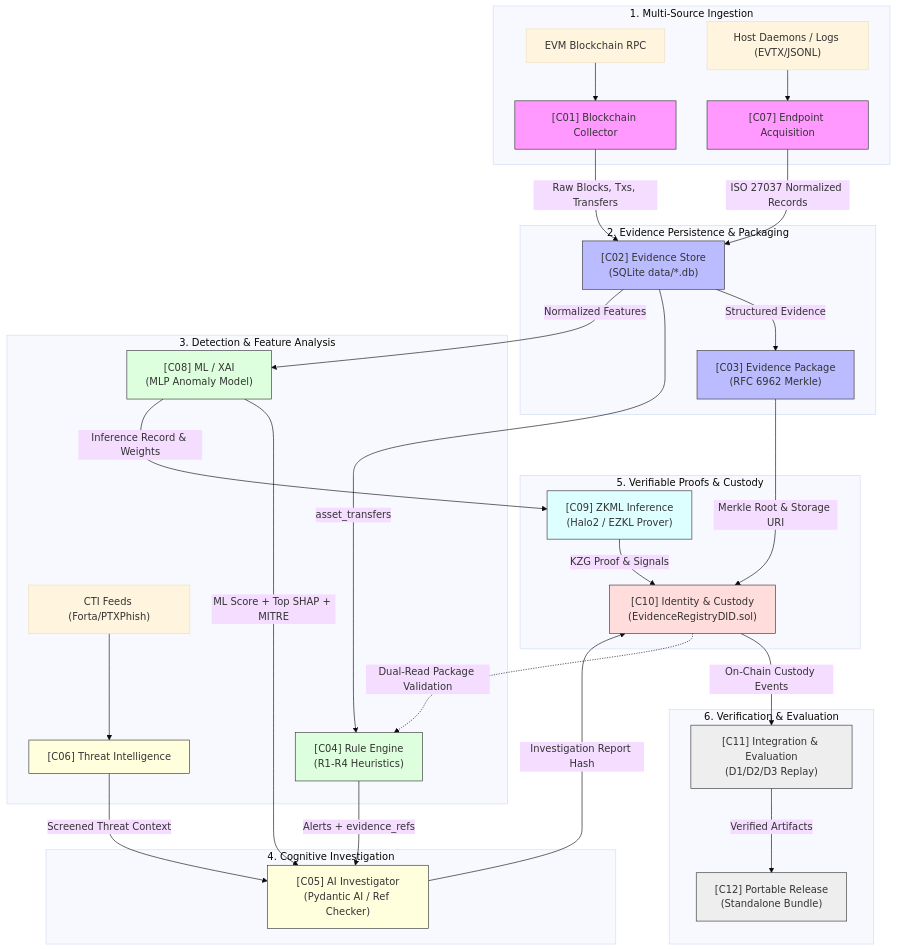
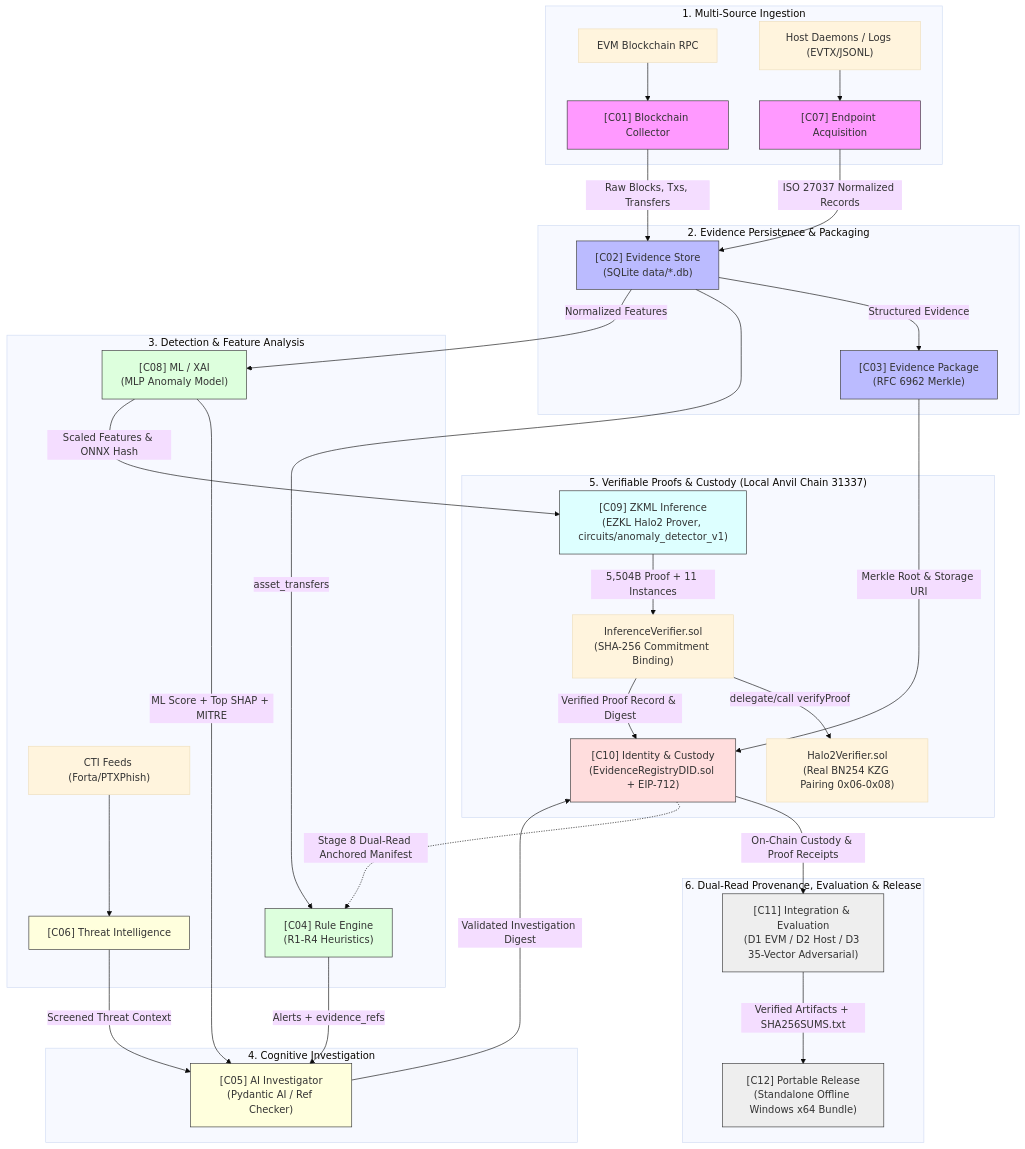
Before and after one commit to Nalyasan/blockchain-ai-digital-forensics: the diagram in docs/architecture.md, drawn with Mermaid (base theme). The commit also changed other lines of this file and 68 other files, not shown here.

Commit message:
feat(m6): complete remediation, full regression (2173 pass), portable release T25, and 7 handover deliverables

````diff
--- a/docs/architecture.md
+++ b/docs/architecture.md
@@ -122,51 +122,53 @@
 ```mermaid
 flowchart TD
     subgraph S1["1. Multi-Source Ingestion"]
         EVM["EVM Blockchain RPC"] --> C01["[C01] Blockchain Collector"]
         HOST["Host Daemons / Logs (EVTX/JSONL)"] --> C07["[C07] Endpoint Acquisition"]
     end
 
     subgraph S2["2. Evidence Persistence & Packaging"]
         C01 -->|Raw Blocks, Txs, Transfers| C02["[C02] Evidence Store\n(SQLite data/*.db)"]
         C07 -->|ISO 27037 Normalized Records| C02
         C02 -->|Structured Evidence| C03["[C03] Evidence Package\n(RFC 6962 Merkle)"]
     end
 
     subgraph S3["3. Detection & Feature Analysis"]
         C02 -->|asset_transfers| C04["[C04] Rule Engine\n(R1-R4 Heuristics)"]
         C02 -->|Normalized Features| C08["[C08] ML / XAI\n(MLP Anomaly Model)"]
         CTI["CTI Feeds (Forta/PTXPhish)"] --> C06["[C06] Threat Intelligence"]
     end
 
     subgraph S4["4. Cognitive Investigation"]
         C04 -->|Alerts + evidence_refs| C05["[C05] AI Investigator\n(Pydantic AI / Ref Checker)"]
         C08 -->|ML Score + Top SHAP + MITRE| C05
         C06 -->|Screened Threat Context| C05
     end
 
-    subgraph S5["5. Verifiable Proofs & Custody"]
-        C08 -->|Inference Record & Weights| C09["[C09] ZKML Inference\n(Halo2 / EZKL Prover)"]
-        C03 -->|Merkle Root & Storage URI| C10["[C10] Identity & Custody\n(EvidenceRegistryDID.sol)"]
-        C05 -->|Investigation Report Hash| C10
-        C09 -->|KZG Proof & Signals| C10
+    subgraph S5["5. Verifiable Proofs & Custody (Local Anvil Chain 31337)"]
+        C08 -->|Scaled Features & ONNX Hash| C09["[C09] ZKML Inference\n(EZKL Halo2 Prover, circuits/anomaly_detector_v1)"]
+        C09 -->|5,504B Proof + 11 Instances| IV["InferenceVerifier.sol\n(SHA-256 Commitment Binding)"]
+        IV -->|delegate/call verifyProof| HV["Halo2Verifier.sol\n(Real BN254 KZG Pairing 0x06-0x08)"]
+        C03 -->|Merkle Root & Storage URI| C10["[C10] Identity & Custody\n(EvidenceRegistryDID.sol + EIP-712)"]
+        C05 -->|Validated Investigation Digest| C10
+        IV -->|Verified Proof Record & Digest| C10
     end
 
-    subgraph S6["6. Verification & Evaluation"]
-        C10 -->|On-Chain Custody Events| C11["[C11] Integration & Evaluation\n(D1/D2/D3 Replay)"]
-        C10 -.->|Dual-Read Package Validation| C04
-        C11 -->|Verified Artifacts| C12["[C12] Portable Release\n(Standalone Bundle)"]
+    subgraph S6["6. Dual-Read Provenance, Evaluation & Release"]
+        C10 -->|On-Chain Custody & Proof Receipts| C11["[C11] Integration & Evaluation\n(D1 EVM / D2 Host / D3 35-Vector Adversarial)"]
+        C10 -.->|Stage 8 Dual-Read Anchored Manifest| C04
+        C11 -->|Verified Artifacts + SHA256SUMS.txt| C12["[C12] Portable Release\n(Standalone Offline Windows x64 Bundle)"]
     end
 
     style C01 fill:#f9f,stroke:#333,stroke-width:1px
     style C02 fill:#bbf,stroke:#333,stroke-width:1px
     style C03 fill:#bbf,stroke:#333,stroke-width:1px
     style C04 fill:#dfd,stroke:#333,stroke-width:1px
     style C05 fill:#ffd,stroke:#333,stroke-width:1px
     style C06 fill:#ffd,stroke:#333,stroke-width:1px
     style C07 fill:#f9f,stroke:#333,stroke-width:1px
     style C08 fill:#dfd,stroke:#333,stroke-width:1px
     style C09 fill:#dff,stroke:#333,stroke-width:1px
     style C10 fill:#fdd,stroke:#333,stroke-width:1px
     style C11 fill:#eee,stroke:#333,stroke-width:1px
     style C12 fill:#eee,stroke:#333,stroke-width:1px
 ```
````
